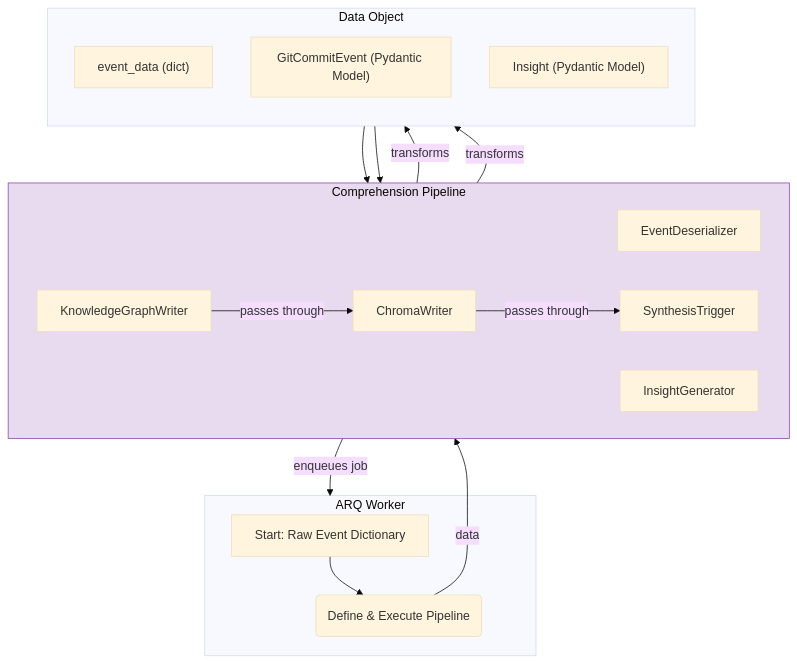
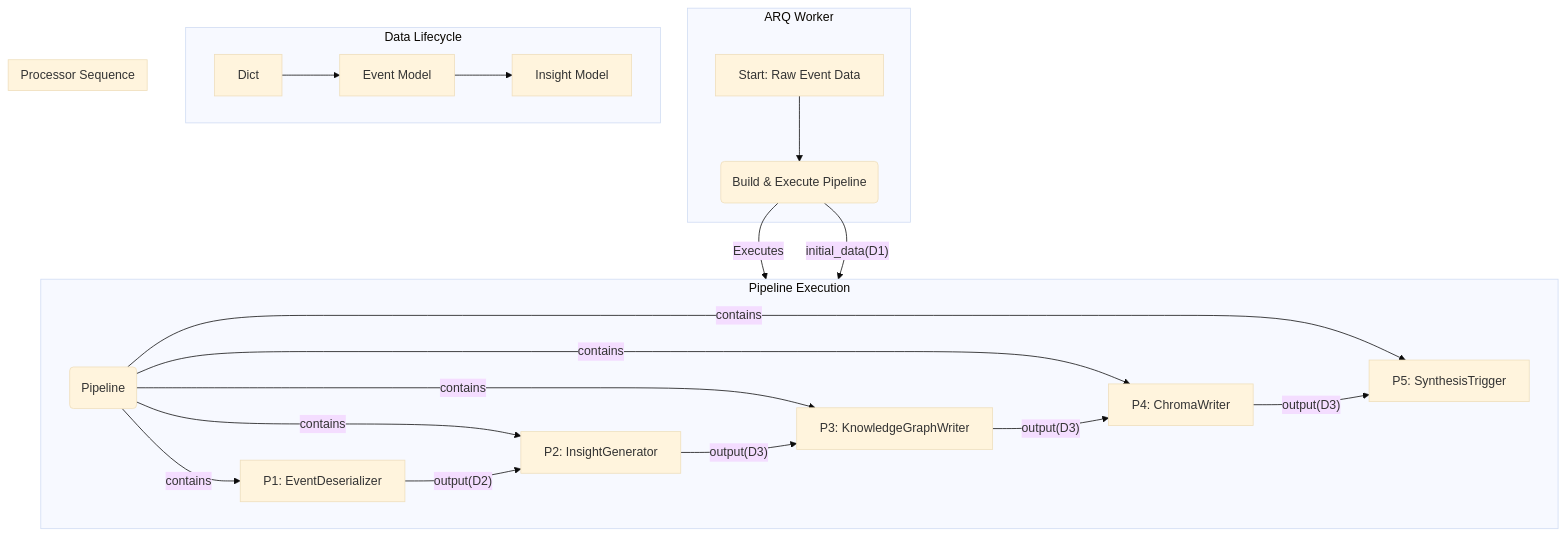
The third of 3 diagrams in docs/architecture.md (Itish2003/Cortex_Mentor), drawn with Mermaid (base theme) before and after one commit. The commit also changed other lines of this file and 5 other files, not shown here.

Commit message:
adopting the pipeline and processor architecture

````diff
--- a/docs/architecture.md
+++ b/docs/architecture.md
@@ -154,37 +188,35 @@
 ```mermaid
 graph TD
-    subgraph ARQ_WORKER [ARQ Worker]
-        A["Start: Raw Event Dictionary"]
-        B(Define & Execute Pipeline)
+    subgraph "ARQ Worker"
+        A["Start: Raw Event Data"]
+        B(Build & Execute Pipeline)
     end
 
-    subgraph PIPELINE [Comprehension Pipeline]
+    subgraph "Pipeline Execution"
         direction LR
-        P1[EventDeserializer]
-        P2[InsightGenerator]
-        P3[KnowledgeGraphWriter]
-        P4[ChromaWriter]
-        P5[SynthesisTrigger]
+        C(Pipeline) -- contains --> P1[P1: EventDeserializer]
+        C -- contains --> P2[P2: InsightGenerator]
+        C -- contains --> P3[P3: KnowledgeGraphWriter]
+        C -- contains --> P4[P4: ChromaWriter]
+        C -- contains --> P5[P5: SynthesisTrigger]
     end
 
-    subgraph DATA [Data Object]
-        direction TB
-        D1["event_data (dict)"]
-        D2["GitCommitEvent (Pydantic Model)"]
-        D3["Insight (Pydantic Model)"]
+    %% Data Transformation Flow
+    subgraph "Data Lifecycle"
+        direction LR
+        D1[Dict] --> D2[Event Model] --> D3[Insight Model]
     end
 
-    %% Pipeline Flow
+    %% Link Execution to Data
     A --> B
-    B -- data --> P1
-    P1 -- transforms --> D2
-    D2 --> P2
-    P2 -- transforms --> D3
-    D3 --> P3
-    P3 -- passes through --> P4
-    P4 -- passes through --> P5
-    P5 -- enqueues job --> ARQ_WORKER
+    B -- Executes --> C
 
-    %% Style
-    style PIPELINE fill:#E8DAEF,stroke:#8E44AD
+    subgraph "Processor Sequence"
+        direction LR
+        B -- "initial_data(D1)" --> P1
+        P1 -- "output(D2)" --> P2
+        P2 -- "output(D3)" --> P3
+        P3 -- "output(D3)" --> P4
+        P4 -- "output(D3)" --> P5
+    end
 ```
````
